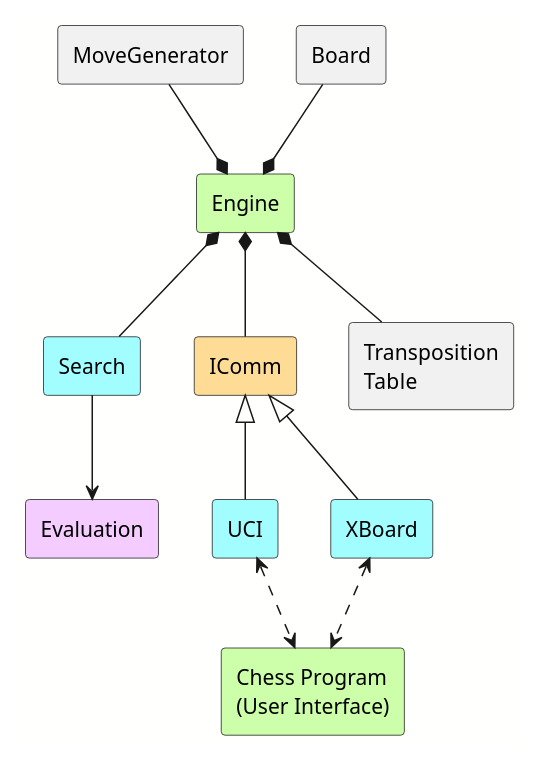
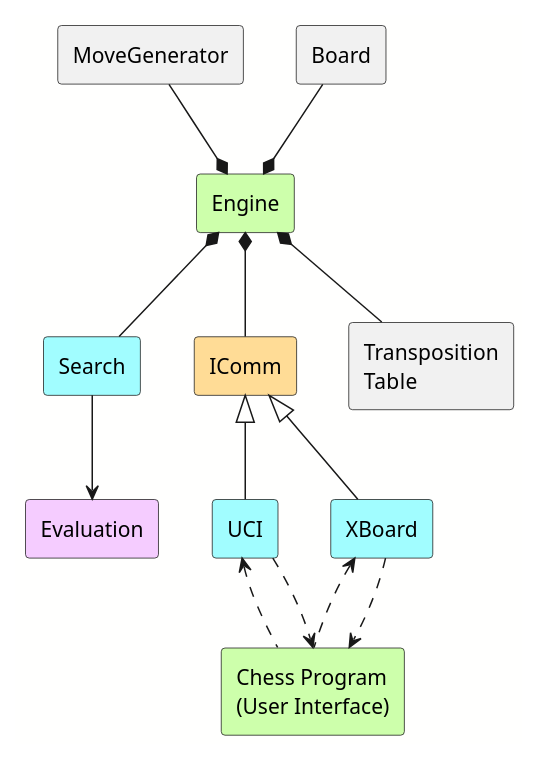
The diagram in src/uml/architecture.puml (mvanthoor/rustic-book), drawn with PlantUML before and after one commit. The commit also changed 3 other files, not shown here.

```diff
--- a/src/uml/architecture.puml
+++ b/src/uml/architecture.puml
@@ -1,30 +1,32 @@
 @startuml architecture
 skinparam shadowing false
 skinparam componentStyle rectangle
 skinparam backgroundColor #FFFFFE
 
 hide empty methods
 hide empty members
 
 component "Engine" as Engine #cdffab
 component "Search" as Search #a1fdff
 component "Evaluation" as Evaluation #f5ccff
 component IComm #ffdc96
 component "UCI" as Uci #a1fdff
 component "XBoard" as XBoard #a1fdff
 component "Transposition\nTable" as TT
 component Board
 component MoveGenerator
 component "Chess Program\n(User Interface)" as GUI #cdffab
 
 Engine *-- IComm
 Engine *-up- Board
 Engine *-up- MoveGenerator
 Engine *-- TT
 IComm <|-- Uci
 IComm <|-- XBoard
 Engine *-- Search
 Search --> Evaluation
-Uci <..> GUI
-XBoard <..> GUI
+Uci <.. GUI
+Uci ..> GUI
+XBoard <.. GUI
+XBoard ..> GUI
 @enduml
```
